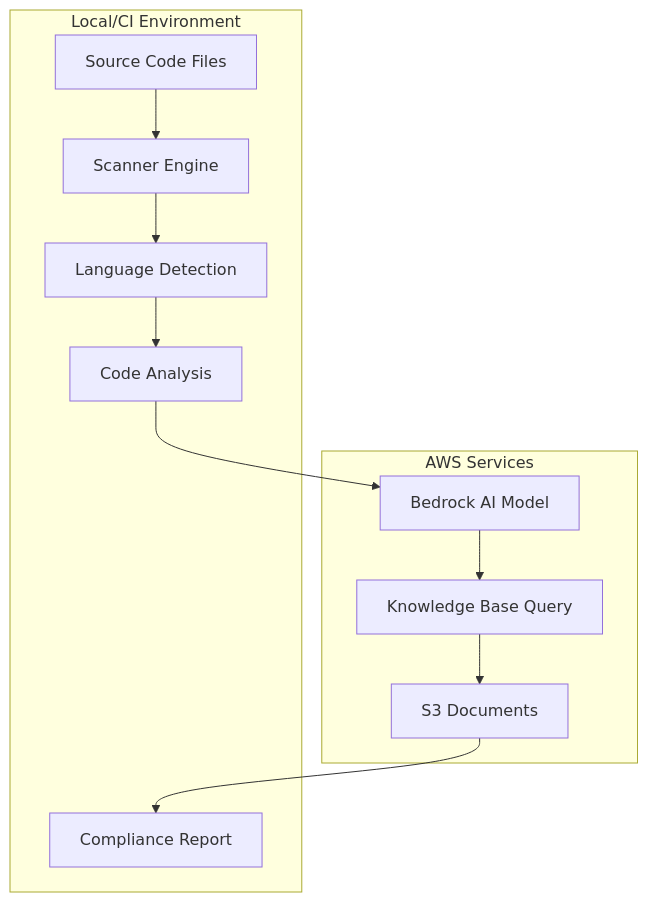
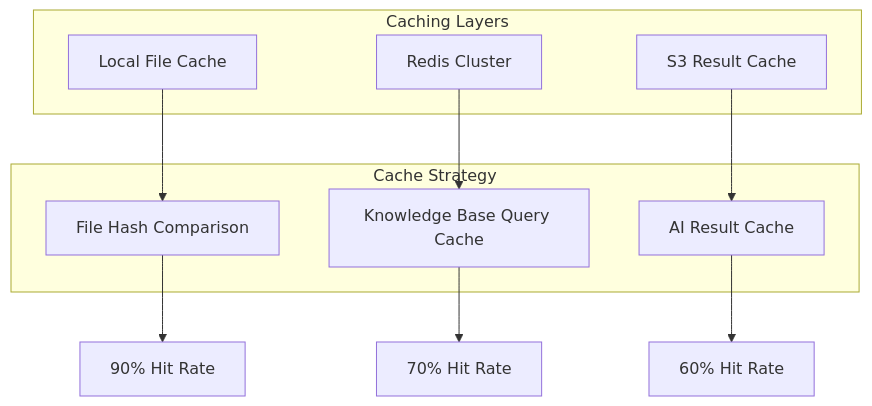
Before and after one commit to devops-captain/Ai-Ops-Ci-CD: the fourth of 5 diagrams in docs/architecture.md, drawn with Mermaid. The commit also changed other lines of this file and 9 other files, not shown here.

````diff
--- a/docs/architecture.md
+++ b/docs/architecture.md
@@ -7,24 +275,22 @@
 ```mermaid
 graph TB
-    A[Source Code Files] --> B[Scanner Engine]
-    B --> C[Language Detection]
-    C --> D[Code Analysis]
-    D --> E[Bedrock AI Model]
-    E --> F[Knowledge Base Query]
-    F --> G[S3 Documents]
-    G --> H[Compliance Report]
-    
-    subgraph "AWS Services"
-        E
-        F
-        G
+    subgraph "Caching Layers"
+        A[Local File Cache]
+        B[Redis Cluster]
+        C[S3 Result Cache]
     end
     
-    subgraph "Local/CI Environment"
-        A
-        B
-        C
-        D
-        H
+    subgraph "Cache Strategy"
+        D[File Hash Comparison]
+        E[Knowledge Base Query Cache]
+        F[AI Result Cache]
     end
+    
+    A --> D
+    B --> E
+    C --> F
+    
+    D --> G[90% Hit Rate]
+    E --> H[70% Hit Rate]
+    F --> I[60% Hit Rate]
 ```
````
